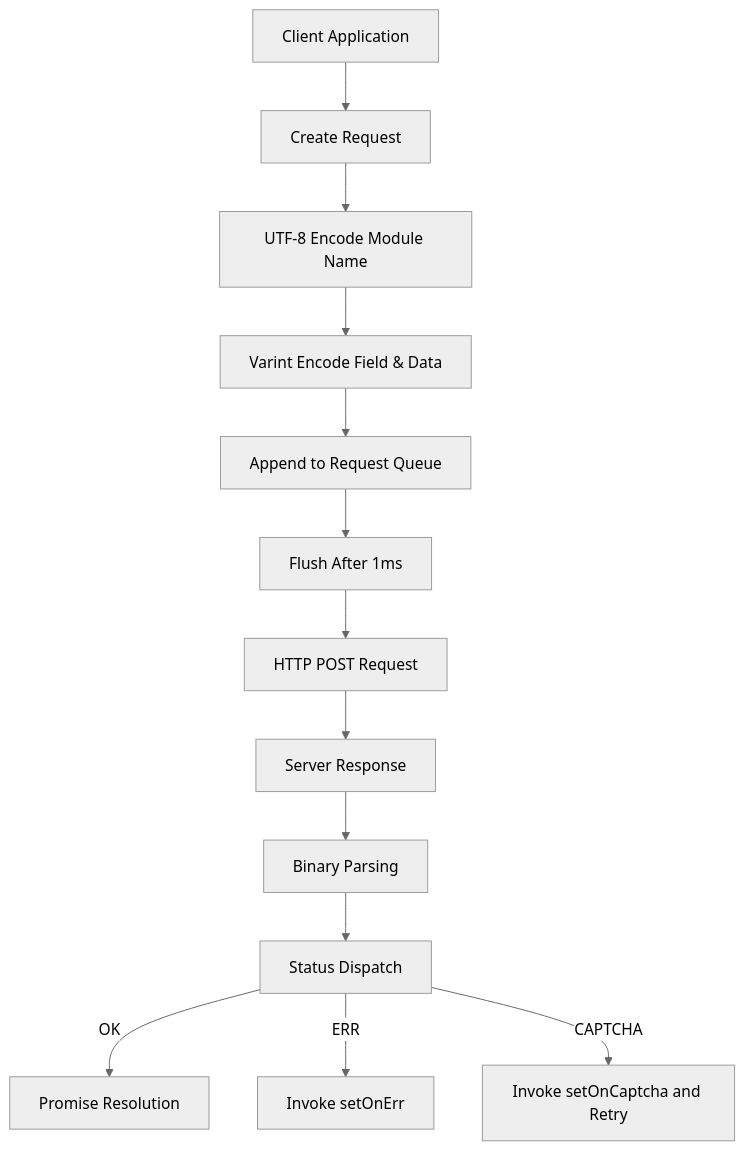
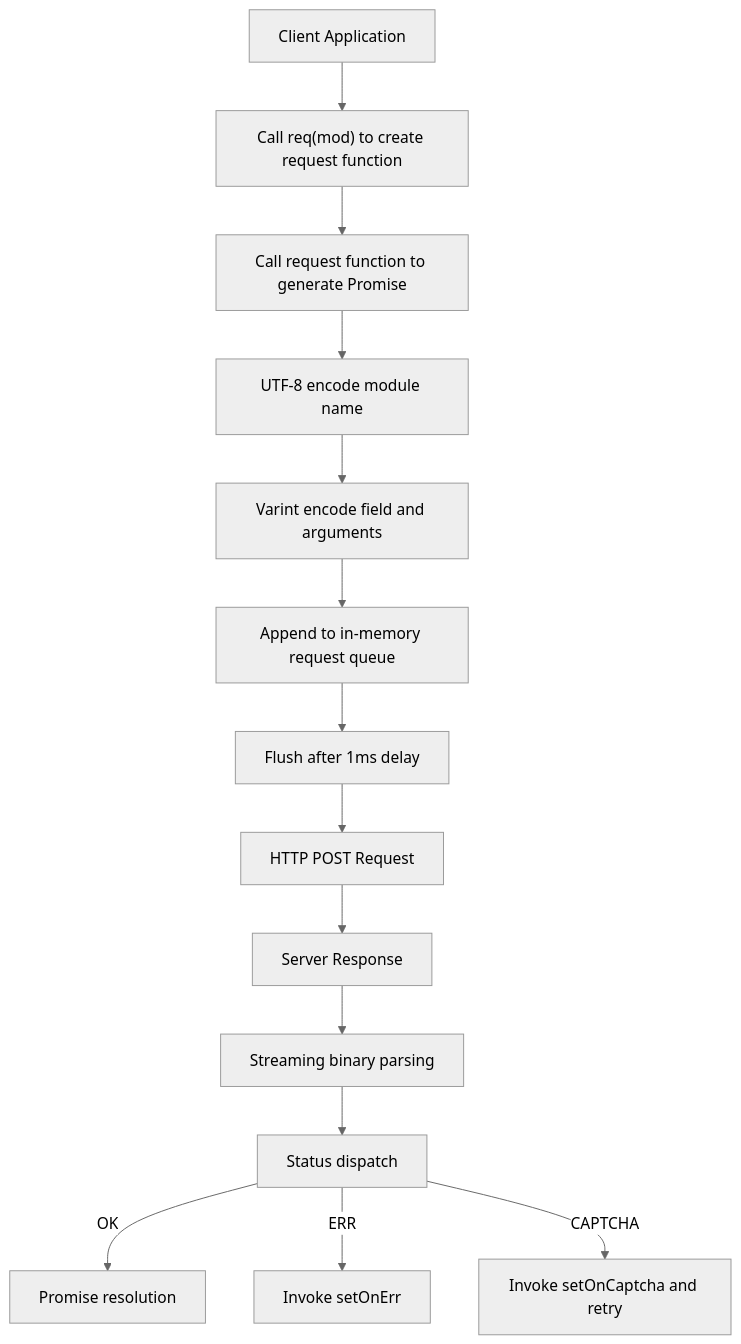
Before and after one commit to webc-site/npm: the diagram in protoapi/readme/en/README.md, drawn with Mermaid (neutral theme). The commit also changed other lines of this file and 1 other file, not shown here.

````diff
--- a/protoapi/readme/en/README.md
+++ b/protoapi/readme/en/README.md
@@ -52,15 +52,16 @@
 ```mermaid
 graph TD
-  A[Client Application] --> B[Create Request]
-  B --> C[UTF-8 Encode Module Name]
-  C --> D[Varint Encode Field & Data]
-  D --> E[Append to Request Queue]
-  E --> F[Flush After 1ms]
-  F --> G[HTTP POST Request]
-  G --> H[Server Response]
-  H --> I[Binary Parsing]
-  I --> J[Status Dispatch]
-  J -->|OK| K[Promise Resolution]
-  J -->|ERR| L[Invoke setOnErr]
-  J -->|CAPTCHA| M[Invoke setOnCaptcha and Retry]
+  A["Client Application"] --> B["Call req(mod) to create request function"]
+  B --> C["Call request function to generate Promise"]
+  C --> D["UTF-8 encode module name"]
+  D --> E["Varint encode field and arguments"]
+  E --> F["Append to in-memory request queue"]
+  F --> G["Flush after 1ms delay"]
+  G --> H["HTTP POST Request"]
+  H --> I["Server Response"]
+  I --> J["Streaming binary parsing"]
+  J --> K["Status dispatch"]
+  K -->|OK| L["Promise resolution"]
+  K -->|ERR| M["Invoke setOnErr"]
+  K -->|CAPTCHA| N["Invoke setOnCaptcha and retry"]
 ```
````
